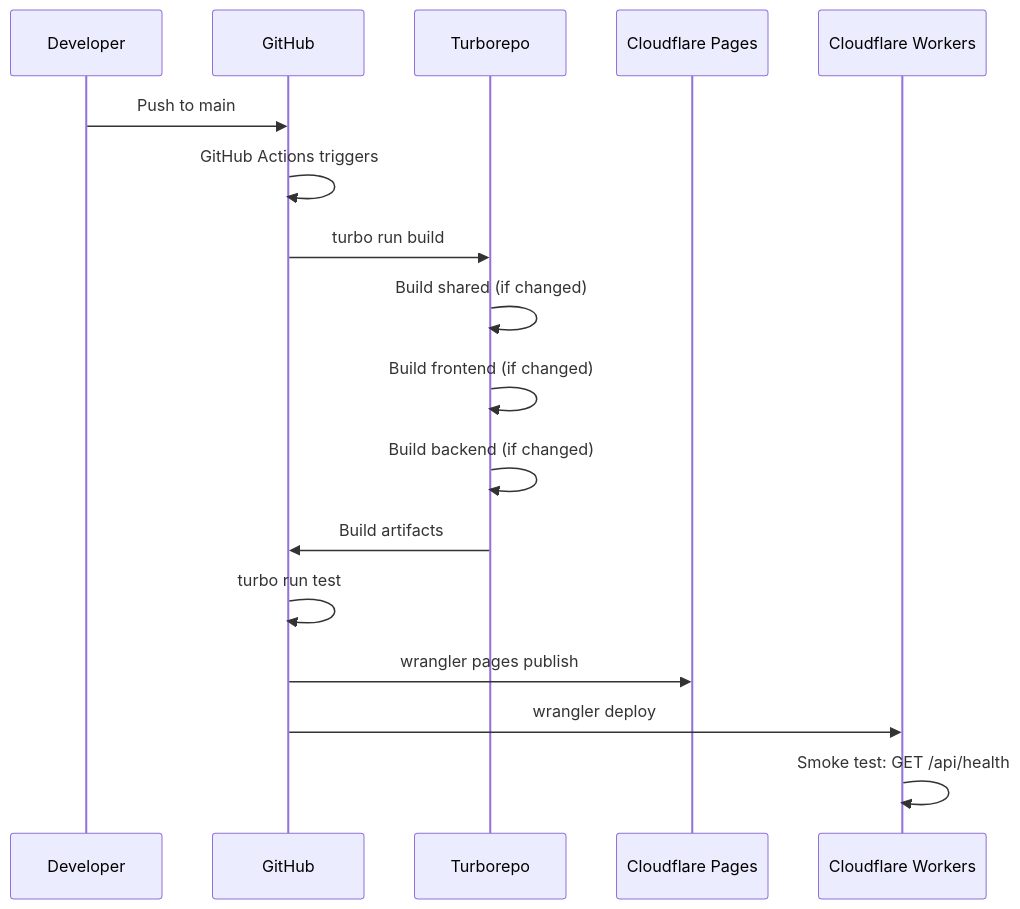
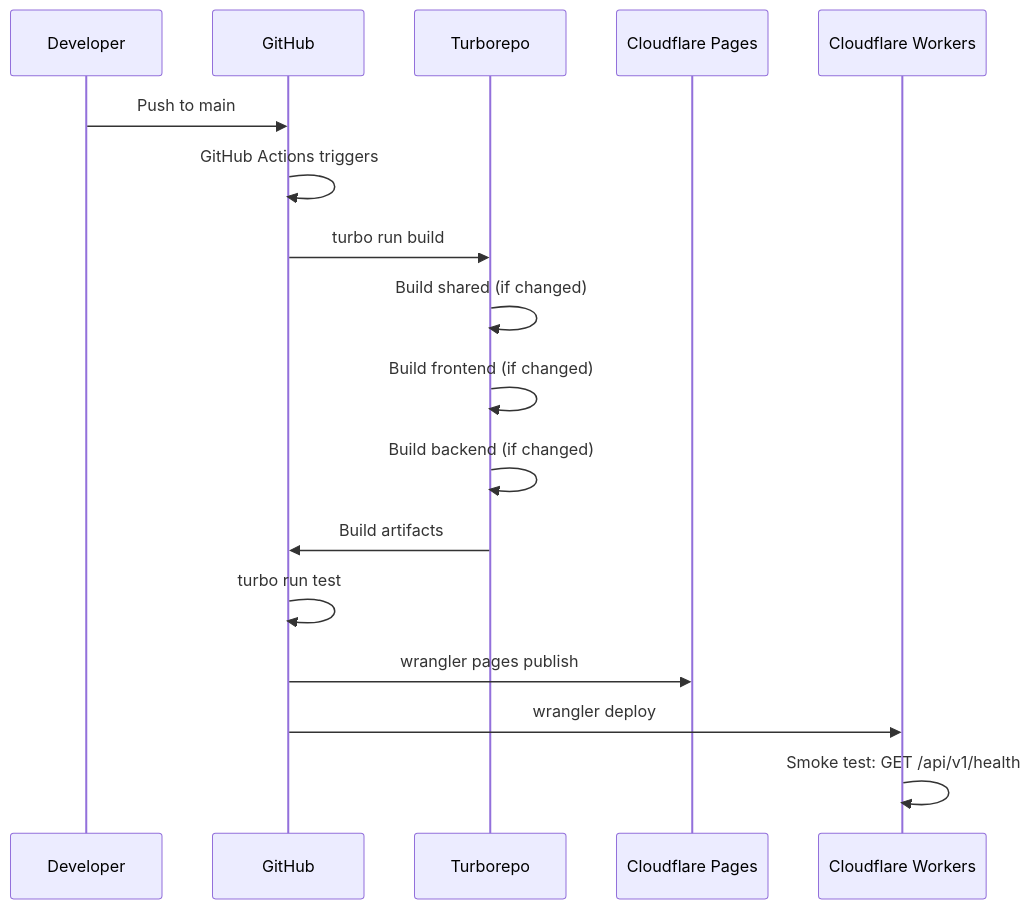
One commit to onlyeciy/period-cycle-based-gym-app changed the fourth of 4 diagrams in docs/architecture-diagram.md. Above: the diagram before and after it, drawn with Mermaid. The commit also changed other lines of this file and 1 other file, not shown here.

Commit message:
docs: update API versioning

````diff
--- a/docs/architecture-diagram.md
+++ b/docs/architecture-diagram.md
@@ -136,20 +136,20 @@
 ```mermaid
 sequenceDiagram
     participant Dev as Developer
     participant GH as GitHub
     participant T as Turborepo
     participant P as Cloudflare Pages
     participant W as Cloudflare Workers
 
     Dev->>GH: Push to main
     GH->>GH: GitHub Actions triggers
     GH->>T: turbo run build
     T->>T: Build shared (if changed)
     T->>T: Build frontend (if changed)
     T->>T: Build backend (if changed)
     T->>GH: Build artifacts
     GH->>GH: turbo run test
     GH->>P: wrangler pages publish
     GH->>W: wrangler deploy
-    W->>W: Smoke test: GET /api/health
+    W->>W: Smoke test: GET /api/v1/health
 ```
````
